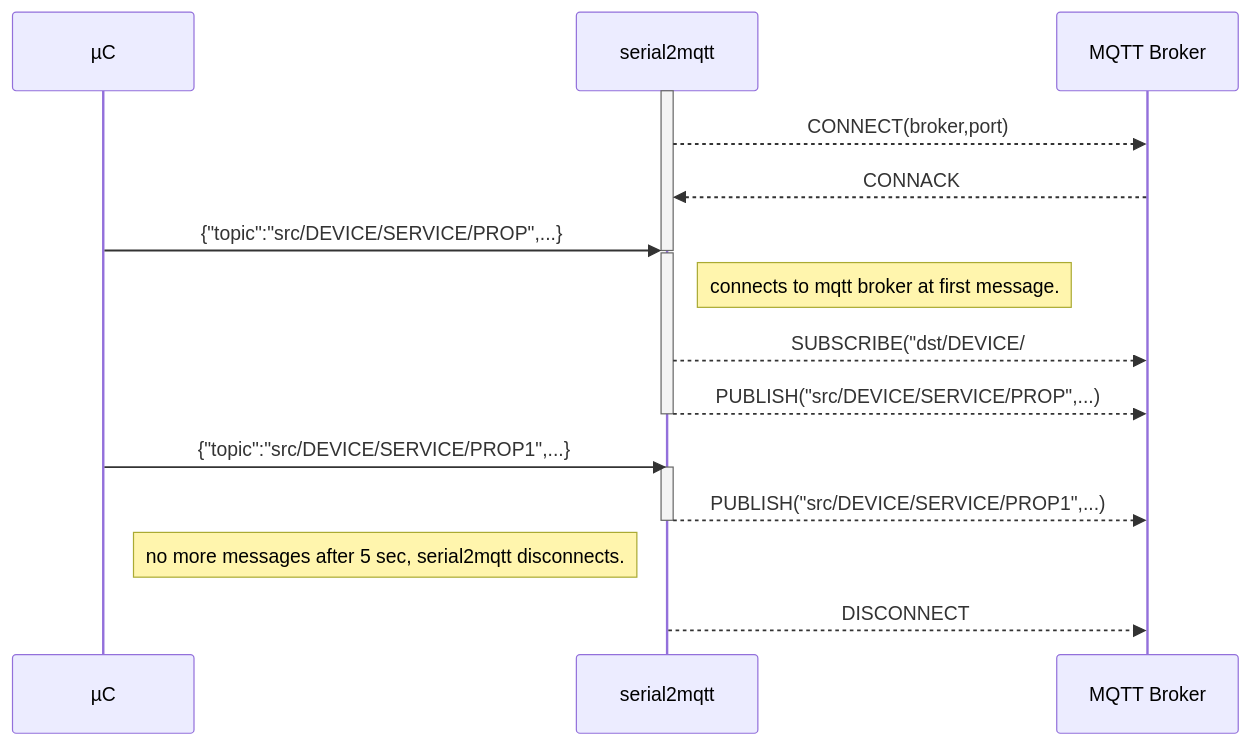
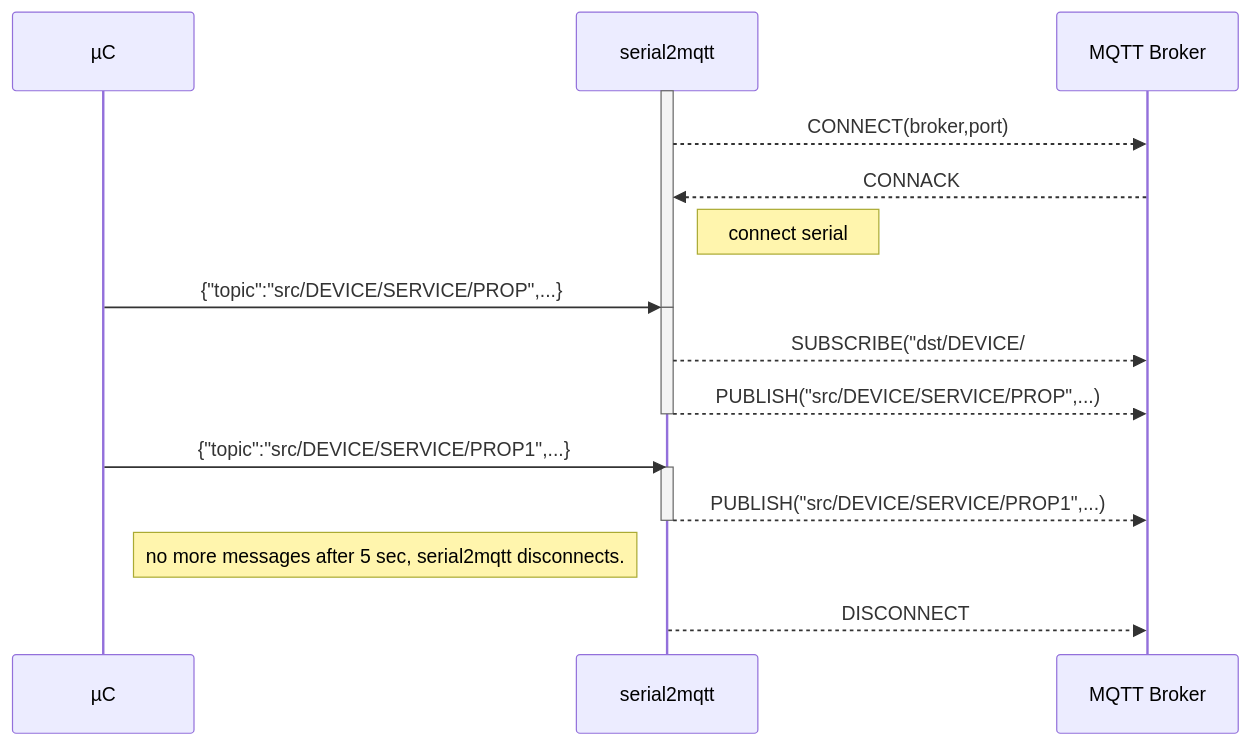
Before and after one commit to vortex314/serial2mqtt: the first of 2 diagrams in README.md, drawn with Mermaid.

Commit message:
Uploaded by https://stackedit.io/

````diff
--- a/README.md
+++ b/README.md
@@ -104,22 +104,22 @@
 ```mermaid
 sequenceDiagram
 participant µC
 participant serial2mqtt
 participant MQTT Broker
 activate serial2mqtt
 serial2mqtt-->>MQTT Broker: CONNECT(broker,port)
 MQTT Broker -->> serial2mqtt: CONNACK
+Note right of serial2mqtt: connect serial
 µC->> serial2mqtt: {"topic":"src/DEVICE/SERVICE/PROP",...}
 deactivate serial2mqtt
 activate serial2mqtt
-Note right of serial2mqtt: connects to mqtt broker at first message.
 serial2mqtt-->>MQTT Broker: SUBSCRIBE("dst/DEVICE/#")
 serial2mqtt-->>MQTT Broker: PUBLISH("src/DEVICE/SERVICE/PROP",...)
 deactivate serial2mqtt
 µC->> serial2mqtt: {"topic":"src/DEVICE/SERVICE/PROP1",...}
 activate serial2mqtt
 serial2mqtt-->>MQTT Broker:  PUBLISH("src/DEVICE/SERVICE/PROP1",...)
 deactivate serial2mqtt
 Note right of µC: no more messages after 5 sec, serial2mqtt disconnects.
 serial2mqtt-->>MQTT Broker: DISCONNECT
 ```
````
